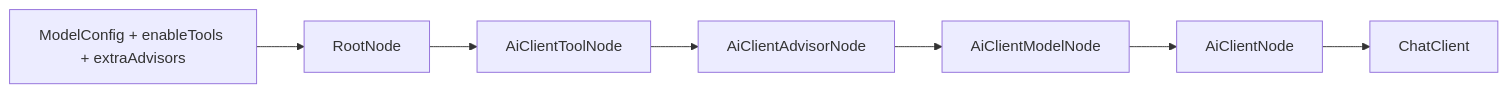
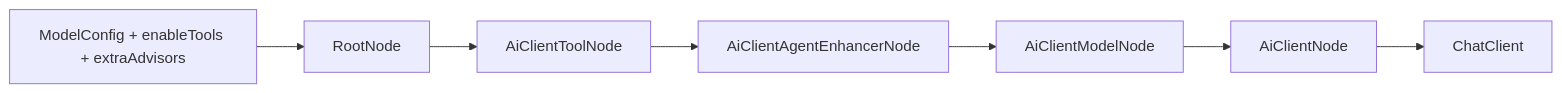
The third of 9 diagrams in docs/README-ARCH.md (small-xiexu/ai-mcp-knowledge-study), drawn with Mermaid before and after one commit. The commit also changed other lines of this file and 114 other files, not shown here.

Commit message:
refactor(agent-enhancer): 全量重命名 Advisor 为 AgentEnhancer

````diff
--- a/docs/README-ARCH.md
+++ b/docs/README-ARCH.md
@@ -81,9 +81,9 @@
 ```mermaid
 flowchart LR
   A[ModelConfig + enableTools + extraAdvisors] --> B[RootNode]
   B --> C[AiClientToolNode]
-  C --> D[AiClientAdvisorNode]
+  C --> D[AiClientAgentEnhancerNode]
   D --> E[AiClientModelNode]
   E --> F[AiClientNode]
   F --> G[ChatClient]
 ```
````
